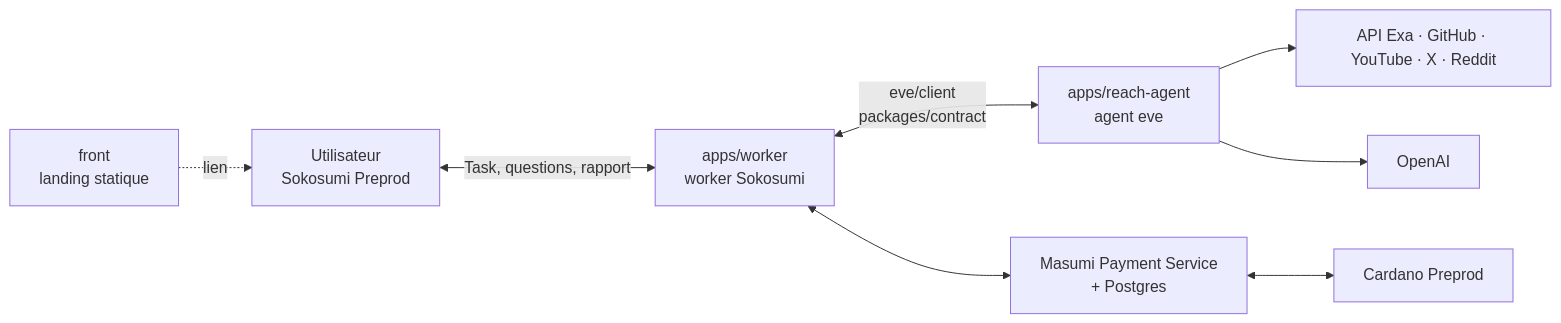
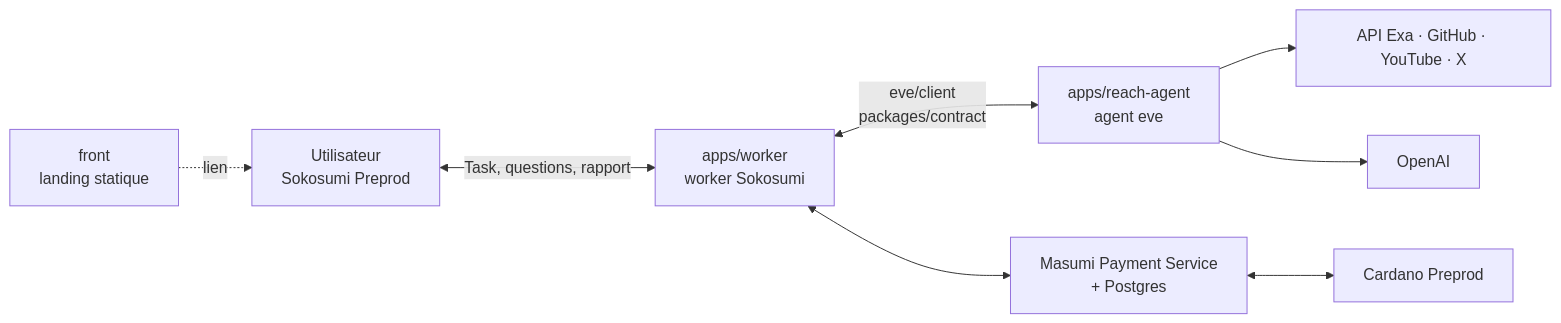
Before and after one commit to DVB-ANS/cardano-reach: the diagram in README.md, drawn with Mermaid. The commit also changed other lines of this file and 11 other files, not shown here.

````diff
--- a/README.md
+++ b/README.md
@@ -51,10 +51,10 @@
 ```mermaid
 flowchart LR
   U[Utilisateur<br/>Sokosumi Preprod] <-->|Task, questions, rapport| W[apps/worker<br/>worker Sokosumi]
   W <-->|eve/client<br/>packages/contract| A[apps/reach-agent<br/>agent eve]
-  A --> S[API Exa · GitHub · YouTube · X · Reddit]
+  A --> S[API Exa · GitHub · YouTube · X]
   A --> O[OpenAI]
   W <--> M[Masumi Payment Service<br/>+ Postgres]
   M <--> C[Cardano Preprod]
   F[front<br/>landing statique] -.->|lien| U
 ```
````
